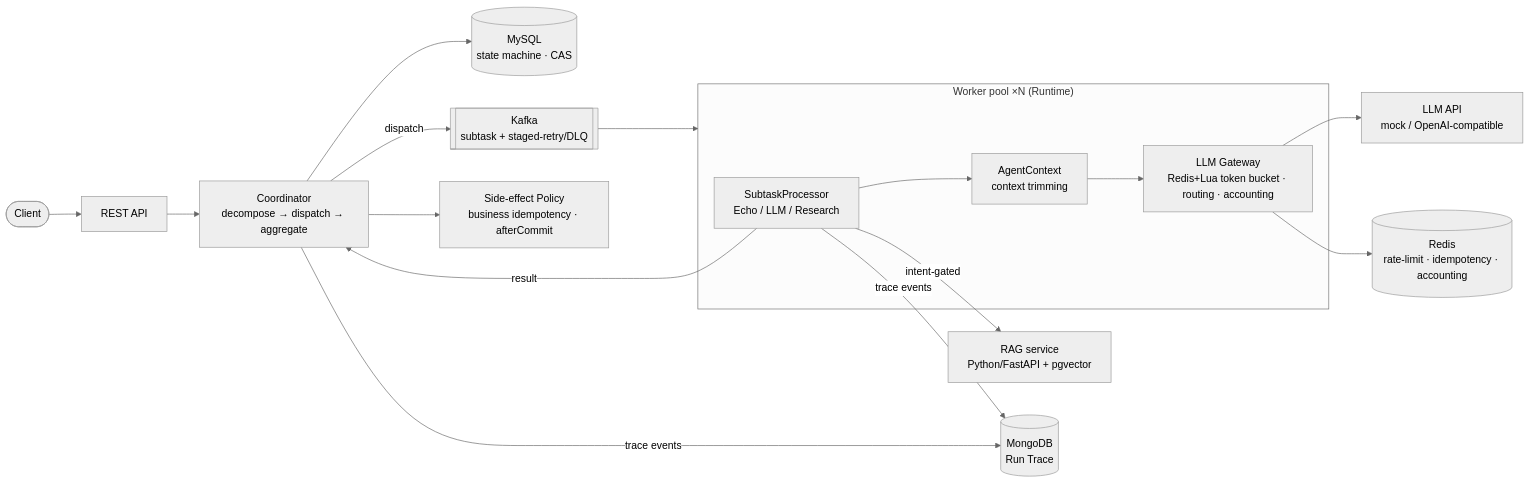
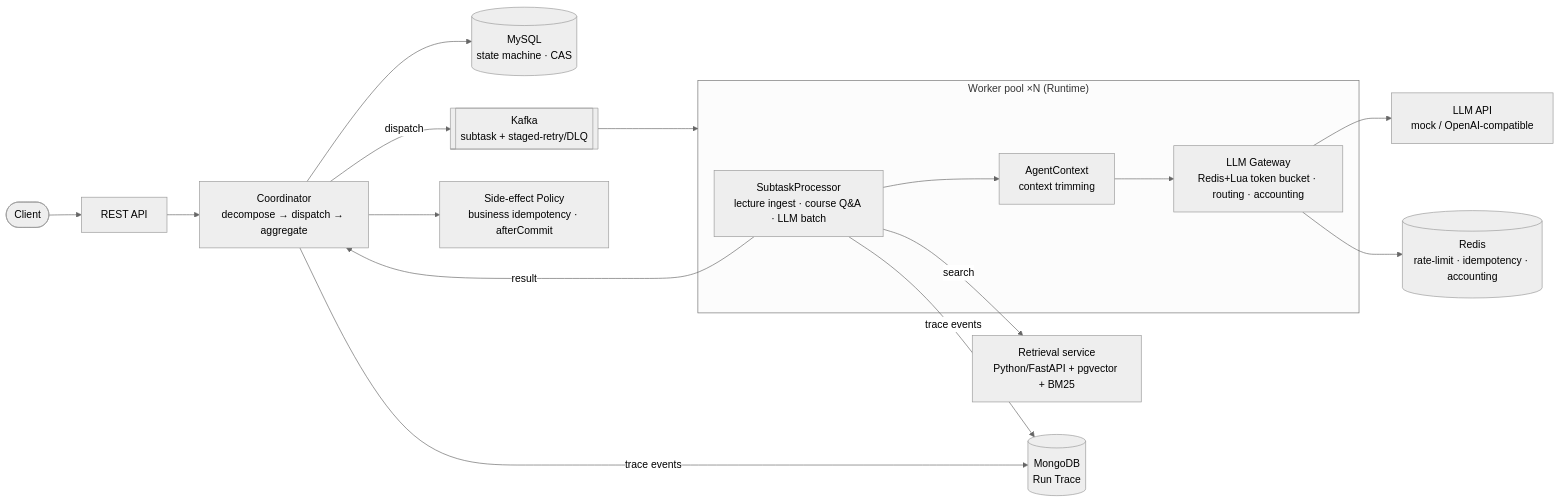
The second of 2 diagrams in README.md (congfanpu-lgtm/lecturelens), drawn with Mermaid (neutral theme) before and after one commit. The commit also changed other lines of this file and 123 other files, not shown here.

````diff
--- a/README.md
+++ b/README.md
@@ -135,20 +92,20 @@
 ```mermaid
 flowchart LR
     user([Client]) --> api[REST API]
     api --> coord[Coordinator<br/>decompose → dispatch → aggregate]
     coord --> mysql[("MySQL<br/>state machine · CAS")]
     coord -->|dispatch| kafka[["Kafka<br/>subtask + staged-retry/DLQ"]]
     kafka --> worker
     subgraph worker["Worker pool ×N (Runtime)"]
-        proc[SubtaskProcessor<br/>Echo / LLM / Research]
+        proc[SubtaskProcessor<br/>lecture ingest · course Q&A · LLM batch]
         gw[LLM Gateway<br/>Redis+Lua token bucket · routing · accounting]
         ctx[AgentContext<br/>context trimming]
         proc --> ctx --> gw
     end
     gw --> llm[LLM API<br/>mock / OpenAI-compatible]
-    proc -->|intent-gated| rag[RAG service<br/>Python/FastAPI + pgvector]
+    proc -->|search| rag[Retrieval service<br/>Python/FastAPI + pgvector + BM25]
     proc -->|result| coord
     coord & proc -->|trace events| mongo[("MongoDB<br/>Run Trace")]
     gw --> redis[("Redis<br/>rate-limit · idempotency · accounting")]
     coord --> policy[Side-effect Policy<br/>business idempotency · afterCommit]
 ```
````
